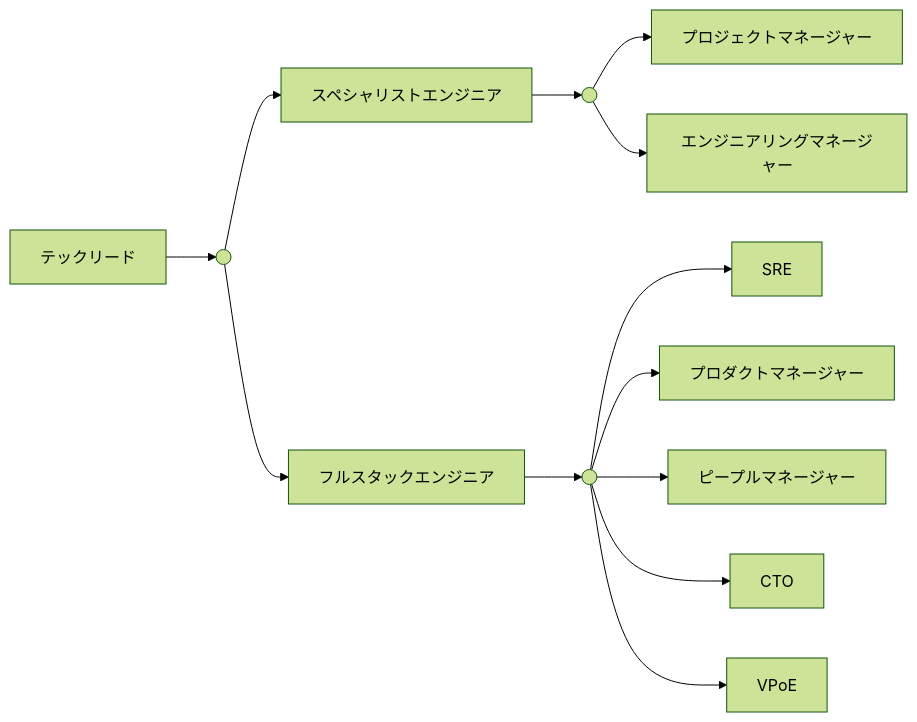
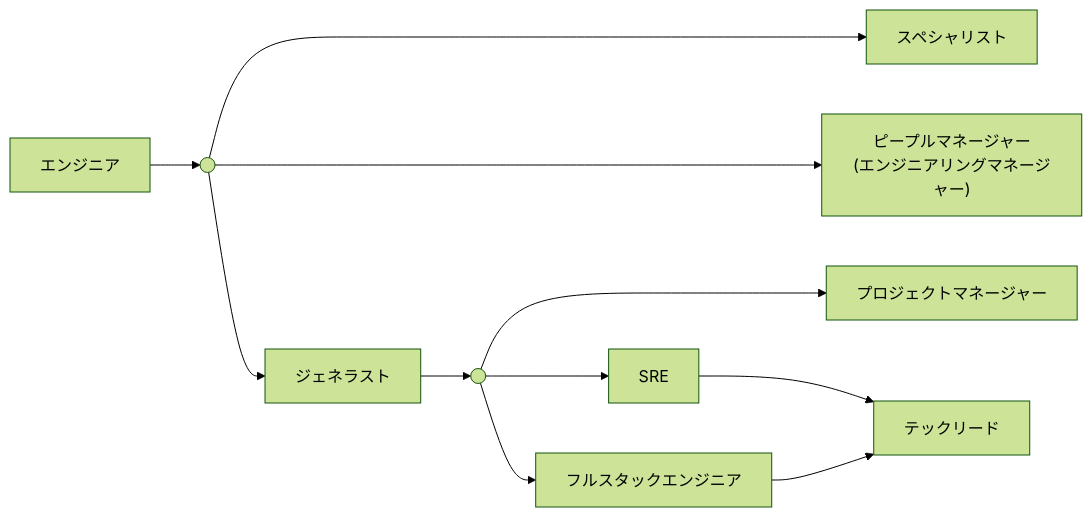
The diagram in docs/software_development_methodology/software_development_organization.md (hiroki-it/tech-notebook), drawn with Mermaid (forest theme) before and after one commit. The commit also changed other lines of this file, not shown here.

Commit message:
update ノートを更新した。

````diff
--- a/docs/software_development_methodology/software_development_organization.md
+++ b/docs/software_development_methodology/software_development_organization.md
@@ -87,19 +89,16 @@
 ```mermaid
 flowchart LR
 
-  テックリード --> テックリードの基点(( ))
+  エンジニア --> テックリードの基点(( ))
 
-  テックリードの基点 --> スペシャリストエンジニア
-  テックリードの基点 --> フルスタックエンジニア
+  テックリードの基点 -----> スペシャリスト
+  テックリードの基点 -----> マネージャー["ピープルマネージャー<br>(エンジニアリングマネージャー)"]
+  テックリードの基点 --> ジェネラスト
+  ジェネラスト --> ジェネラストの基点(( ))
+  ジェネラストの基点 ---> プロジェクトマネージャー
+  ジェネラストの基点 --> SRE
+  ジェネラストの基点 --> フルスタックエンジニア
+  SRE --> テックリード
+  フルスタックエンジニア --> テックリード
 
-  スペシャリストエンジニア --> スペシャリストエンジニアの基点(( ))
-  スペシャリストエンジニアの基点 --> プロジェクトマネージャー
-  スペシャリストエンジニアの基点 --> エンジニアリングマネージャー
-
-  フルスタックエンジニア --> フルスタックエンジニアの基点(( ))
-  フルスタックエンジニアの基点 --> SRE
-  フルスタックエンジニアの基点 --> プロダクトマネージャー
-  フルスタックエンジニアの基点 --> ピープルマネージャー
-  フルスタックエンジニアの基点 --> CTO
-  フルスタックエンジニアの基点 --> VPoE
 ```
````
